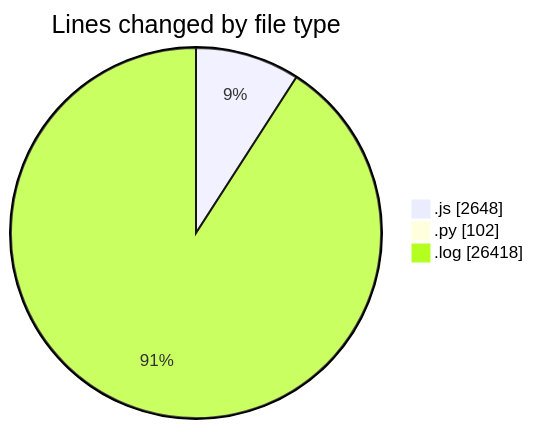
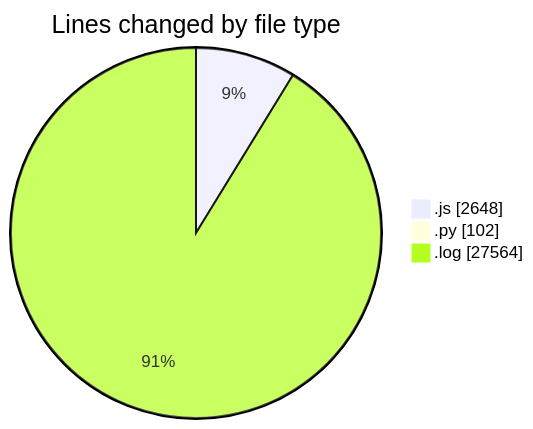
The first of 2 diagrams in 2025-04-14/nxtqube_webapp/README.md (nxtqubesakshisongat/code-tracking), drawn with Mermaid before and after one commit. The commit also changed other lines of this file and 1 other file, not shown here.

````diff
--- a/2025-04-14/nxtqube_webapp/README.md
+++ b/2025-04-14/nxtqube_webapp/README.md
@@ -30,7 +31,7 @@
 ```mermaid
 pie showData
 title Lines changed by file type
 ".js" : 2648
 ".py" : 102
-".log" : 26418
+".log" : 27564
 ```
````
